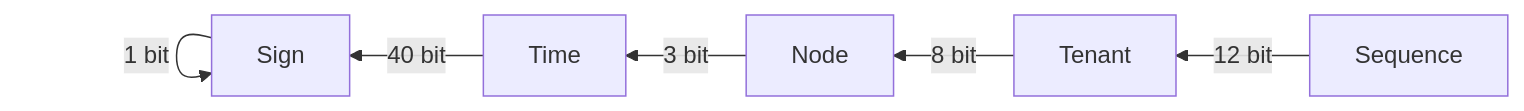
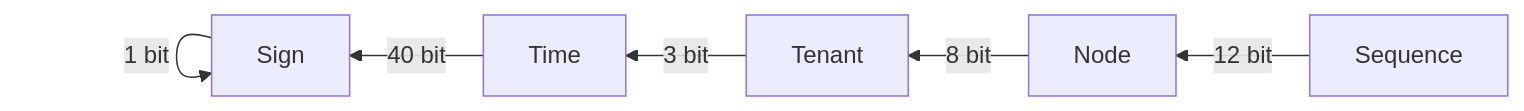
One commit to iorichina/spring-boot-starter-snowflakeid changed the diagram in README.md. Above: the diagram before and after it, drawn with Mermaid. The commit also changed other lines of this file, not shown here.

````diff
--- a/README.md
+++ b/README.md
@@ -7,15 +7,15 @@
 ```mermaid
 graph RL
     Sign[Sign]
     Time[Time]
     Tenant[Tenant]
     Node[Node]
     Sequence[Sequence]
 
-    Sequence -->| 12 bit  | Tenant
-    Tenant -->| 8 bit  | Node
-    Node -->| 3 bit  | Time
+    Sequence -->| 12 bit  | Node
+    Node -->| 8 bit  | Tenant
+    Tenant -->| 3 bit  | Time
     Time -->| 40 bit  | Sign
     Sign -->| 1 bit  | Sign
 
 ```
````
